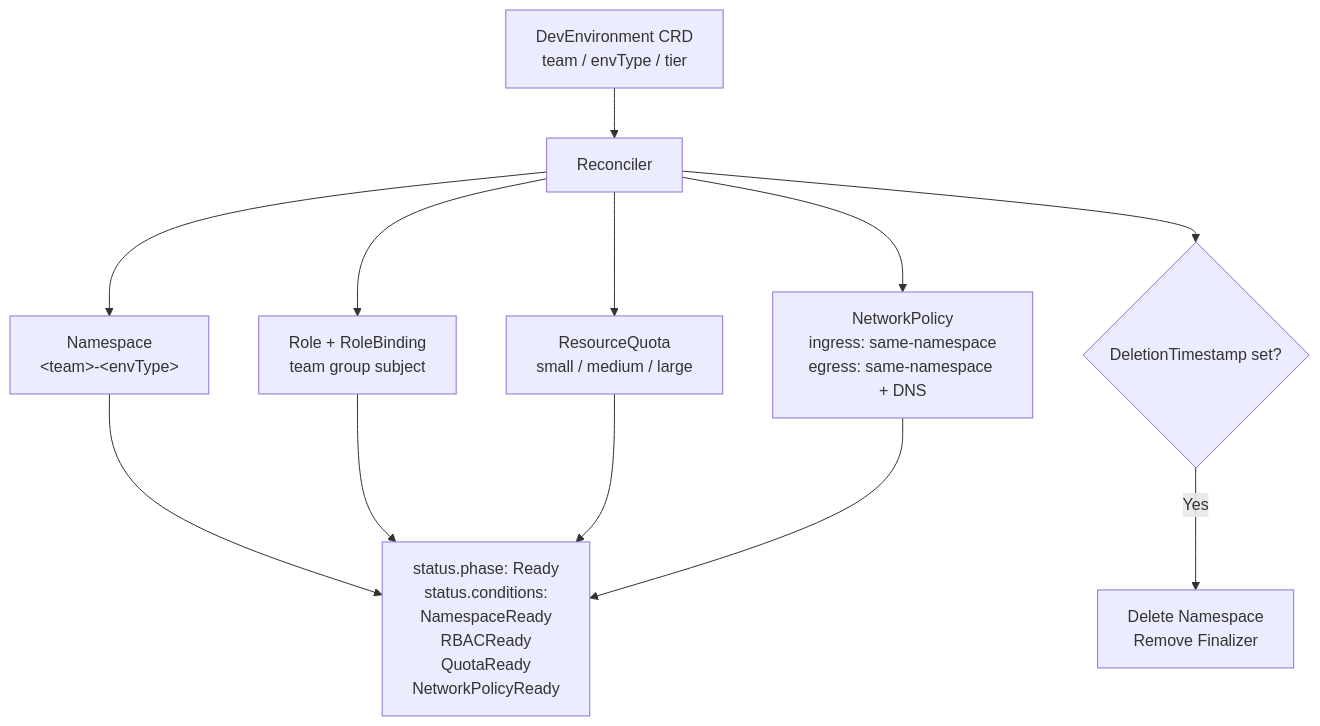
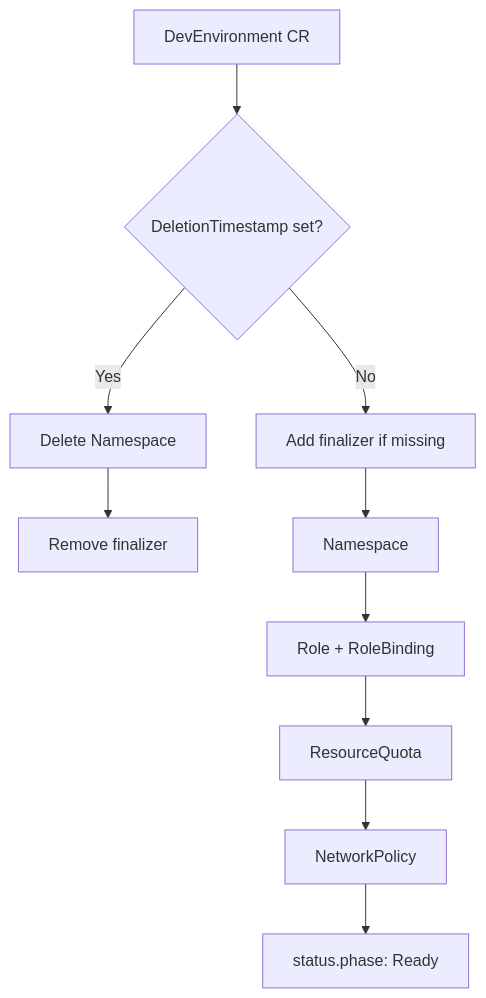
Before and after one commit to yuvalRipkin/platformpilot-operator: the diagram in README.md, drawn with Mermaid. The commit also changed other lines of this file and 1 other file, not shown here.

````diff
--- a/README.md
+++ b/README.md
@@ -9,14 +68,12 @@
 ```mermaid
 flowchart TD
-    A[DevEnvironment CRD\nteam / envType / tier] --> B[Reconciler]
-
-    B --> C[Namespace\n&lt;team&gt;-&lt;envType&gt;]
-    B --> D[Role + RoleBinding\nteam group subject]
-    B --> E[ResourceQuota\nsmall / medium / large]
-    B --> F[NetworkPolicy\ningress: same-namespace\negress: same-namespace + DNS]
-
-    B --> G{DeletionTimestamp set?}
-    G -- Yes --> H[Delete Namespace\nRemove Finalizer]
-
-    C & D & E & F --> I[status.phase: Ready\nstatus.conditions:\n  NamespaceReady\n  RBACReady\n  QuotaReady\n  NetworkPolicyReady]
+    A[DevEnvironment CR] --> B{DeletionTimestamp set?}
+    B -- Yes --> C[Delete Namespace]
+    C --> D[Remove finalizer]
+    B -- No --> E[Add finalizer if missing]
+    E --> F[Namespace]
+    F --> G[Role + RoleBinding]
+    G --> H[ResourceQuota]
+    H --> I[NetworkPolicy]
+    I --> J[status.phase: Ready]
 ```
````
